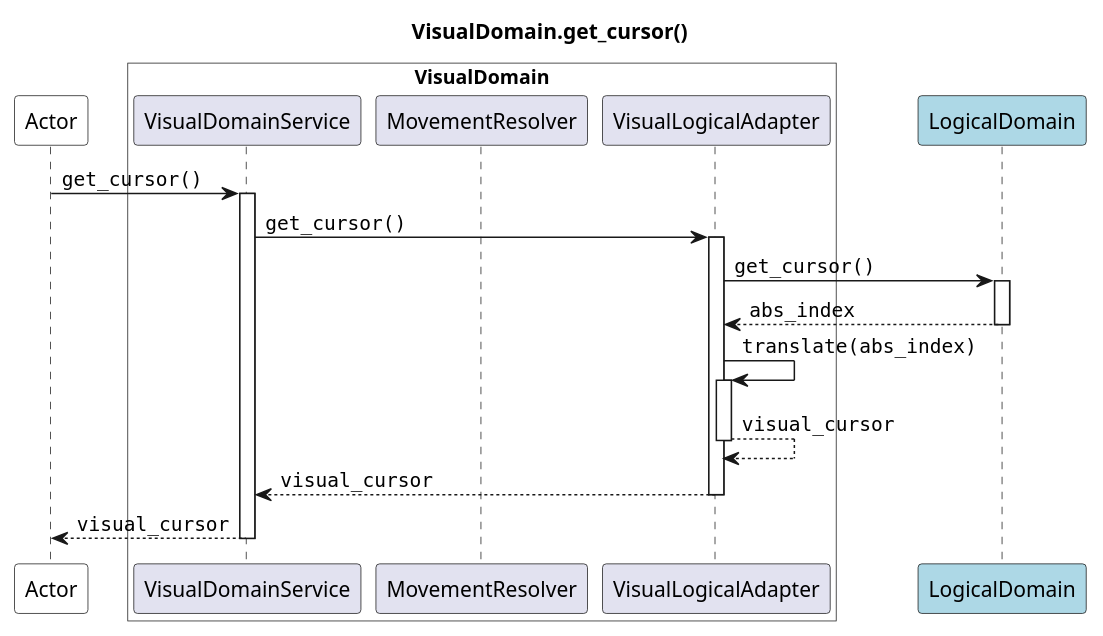
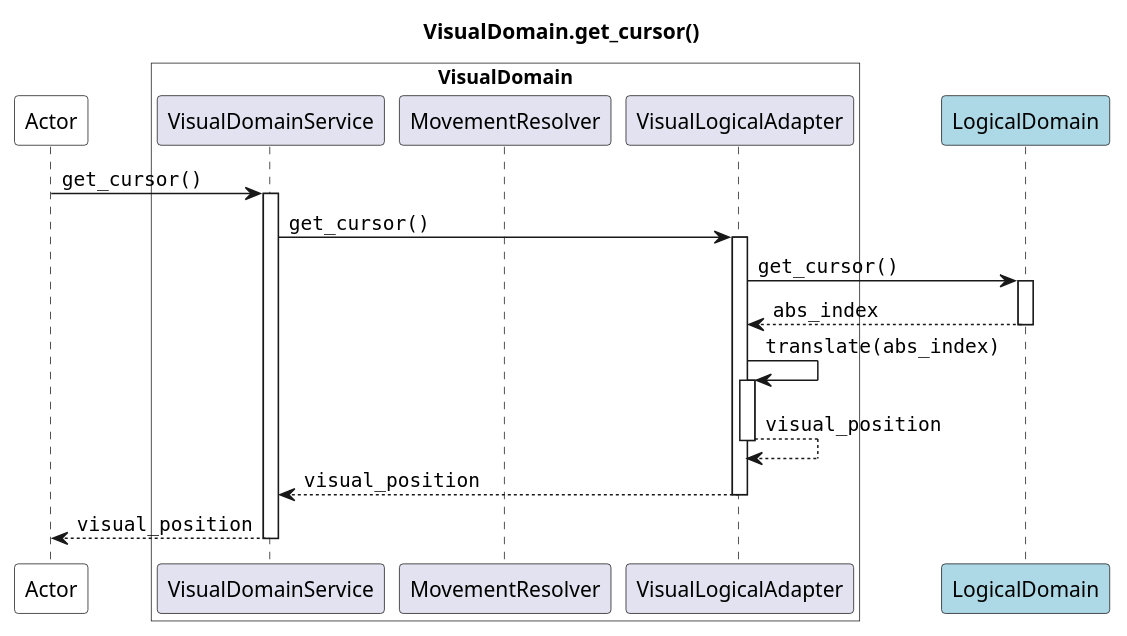
The diagram in docs/source/specs/architecture/diagrams/sequence/seq_get_cursor_visual.puml (JoeRittiner/TextEngine), drawn with PlantUML before and after one commit. The commit also changed 11 other files, not shown here.

Commit message:
doc: Cleanup diagrams and consistency

```diff
--- a/docs/source/specs/architecture/diagrams/sequence/seq_get_cursor_visual.puml
+++ b/docs/source/specs/architecture/diagrams/sequence/seq_get_cursor_visual.puml
@@ -1,25 +1,25 @@
 @startuml
 
 title VisualDomain.get_cursor()
 
 participant Actor as app #white
 box "VisualDomain" #white
     participant VisualDomainService as VS
     participant MovementResolver as MR
     participant VisualLogicalAdapter as VA
 end box
 participant LogicalDomain as LD #lightblue
 
 app -> VS : ""get_cursor()""
 activate VS
     VS -> VA : ""get_cursor()""
     activate VA
         VA -> LD : ""get_cursor()""
         activate LD
             return ""abs_index""
         VA -> VA : ""translate(abs_index)""
         activate VA
-            return ""visual_cursor""
-        return ""visual_cursor""
-    return ""visual_cursor""
+            return ""visual_position""
+        return ""visual_position""
+    return ""visual_position""
 @enduml
```
